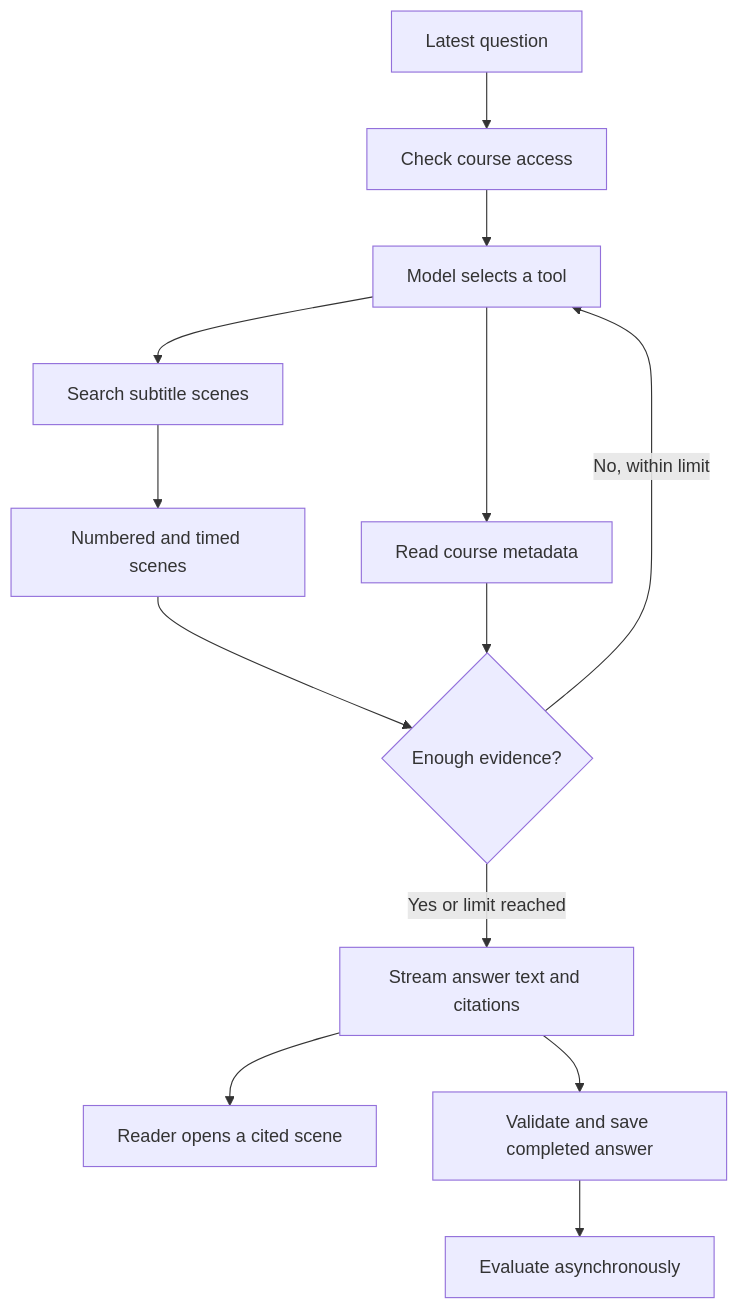
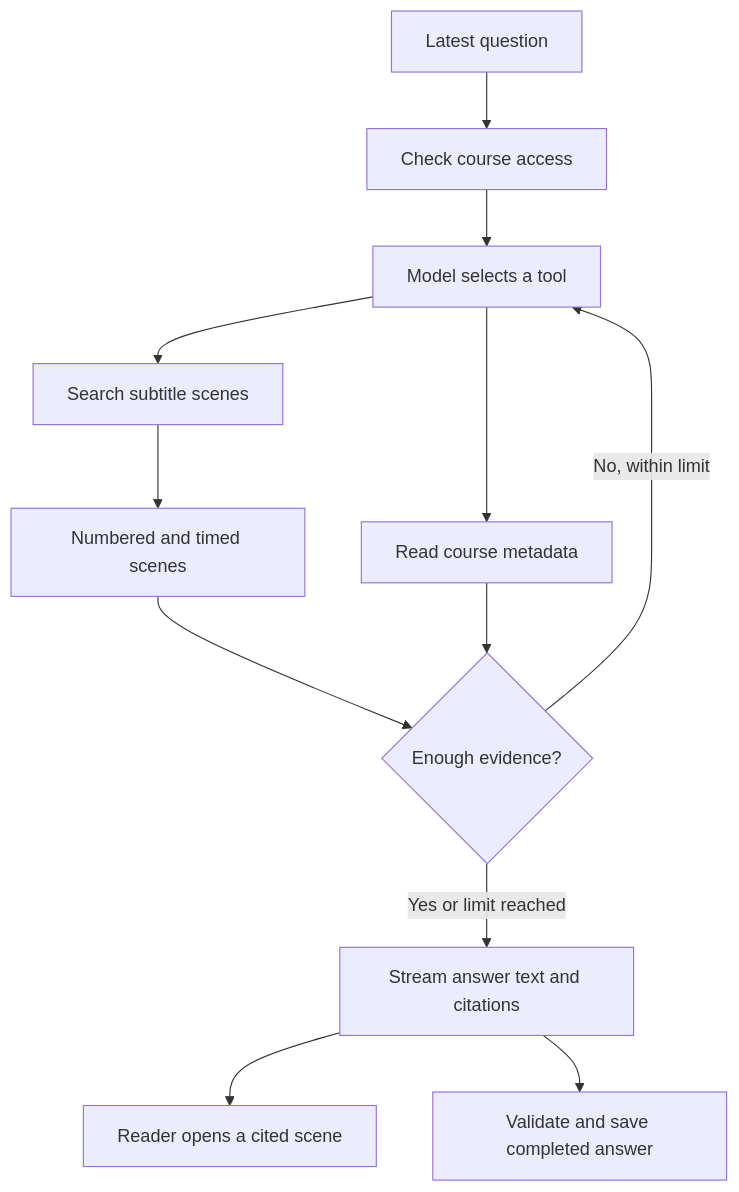
The diagram in docs/concepts/how-ai-works.md (yukiharada1228/videoq), drawn with Mermaid before and after one commit. The commit also changed other lines of this file and 121 other files, not shown here.

````diff
--- a/docs/concepts/how-ai-works.md
+++ b/docs/concepts/how-ai-works.md
@@ -49,15 +48,14 @@
 ```mermaid
 flowchart TD
     Q[Latest question] --> A[Check course access]
     A --> M[Model selects a tool]
     M --> S[Search subtitle scenes]
     M --> I[Read course metadata]
     S --> R[Numbered and timed scenes]
     R --> D{Enough evidence?}
     I --> D
     D -->|No, within limit| M
     D -->|Yes or limit reached| F[Stream answer text and citations]
     F --> C[Reader opens a cited scene]
     F --> V[Validate and save completed answer]
-    V --> E[Evaluate asynchronously]
 ```
````
